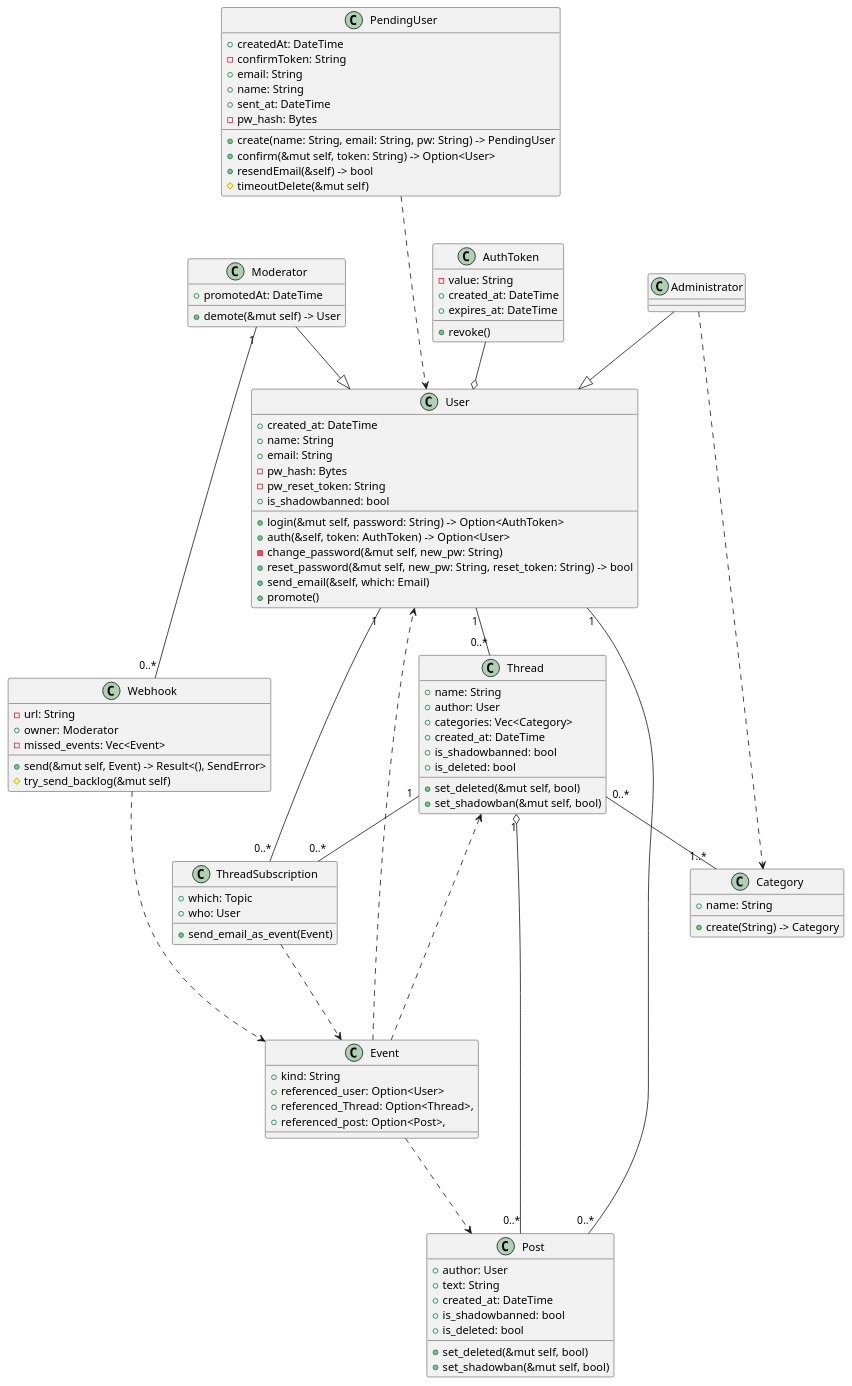
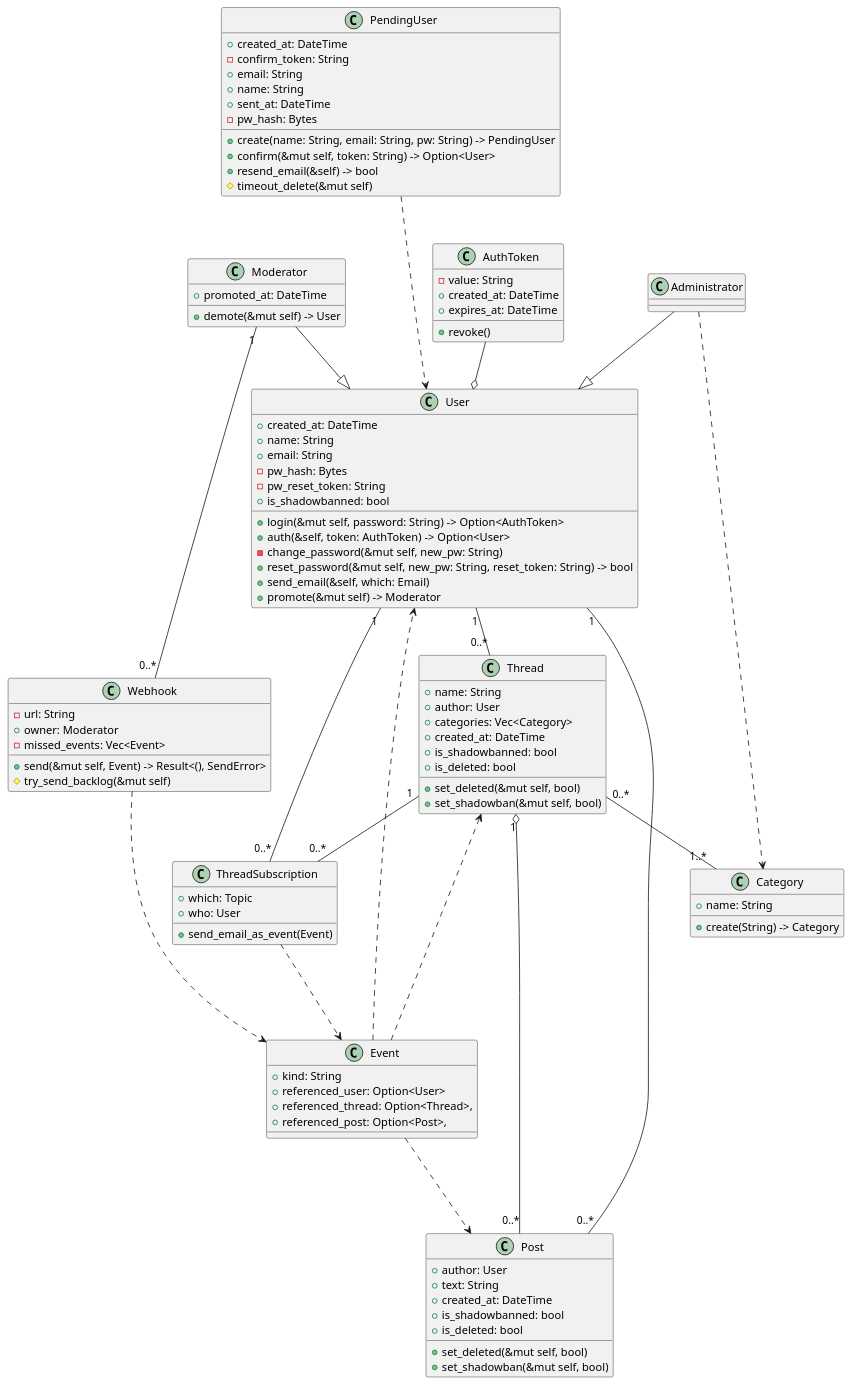
One commit to danya02/rudn-year3-uml changed the diagram in diagrams/db-classes.plantuml. Above: the diagram before and after it, drawn with PlantUML. The commit also changed 3 other files, not shown here.

```diff
--- a/diagrams/db-classes.plantuml
+++ b/diagrams/db-classes.plantuml
@@ -1,117 +1,117 @@
 @startuml DatabaseClasses
 
 class PendingUser {
- + createdAt: DateTime 
- - confirmToken: String 
+ + created_at: DateTime 
+ - confirm_token: String 
  + email: String
  + name: String
  + sent_at: DateTime 
  - pw_hash: Bytes
  + create(name: String, email: String, pw: String) -> PendingUser
  + confirm(&mut self, token: String) -> Option<User>
- + resendEmail(&self) -> bool
- # timeoutDelete(&mut self)
+ + resend_email(&self) -> bool
+ # timeout_delete(&mut self)
 }
 
 class User {
  + created_at: DateTime
  + name: String 
  + email: String 
  - pw_hash: Bytes 
  - pw_reset_token: String
  + login(&mut self, password: String) -> Option<AuthToken>
  + auth(&self, token: AuthToken) -> Option<User>
  - change_password(&mut self, new_pw: String)
  + reset_password(&mut self, new_pw: String, reset_token: String) -> bool
  + is_shadowbanned: bool
  + send_email(&self, which: Email)
- + promote()
+ + promote(&mut self) -> Moderator
 }
 
 PendingUser ..-> User
 
 AuthToken --o User
 
 class AuthToken {
  + revoke()
  - value: String 
  + created_at: DateTime 
  + expires_at: DateTime 
 }
 
 class Category {
  + name: String
  + create(String) -> Category
 }
 
 User "1" -- "0..*" Thread
 
 Thread "0..*" -- "1..*" Category
 class Thread {
  + name: String
  + author: User
  + categories: Vec<Category>
  + created_at: DateTime
  + is_shadowbanned: bool
  + is_deleted: bool
  + set_deleted(&mut self, bool)
  + set_shadowban(&mut self, bool)
 }
 
 Thread "1" o-- "0..*" Post
 User "1" -- "0..*" Post
 class Post {
   + author: User
   + text: String
   + created_at: DateTime
   + is_shadowbanned: bool
   + is_deleted: bool
   + set_deleted(&mut self, bool)
   + set_shadowban(&mut self, bool)
 }
 
 class ThreadSubscription {
   + which: Topic
   + who: User
   + send_email_as_event(Event)
 }
 
 ThreadSubscription -..> Event
 
 Thread "1" -- "0..*" ThreadSubscription
 User "1" -- "0..*" ThreadSubscription
 
 Moderator --|> User
 class Moderator {
- + promotedAt: DateTime
+ + promoted_at: DateTime
  + demote(&mut self) -> User
 }
 
 class Webhook {
   - url: String
   + owner: Moderator
   - missed_events: Vec<Event>
   + send(&mut self, Event) -> Result<(), SendError>
   # try_send_backlog(&mut self)
 }
 
 Webhook -..> Event
 
 class Event {
   + kind: String
   + referenced_user: Option<User>
-  + referenced_Thread: Option<Thread>,
+  + referenced_thread: Option<Thread>,
   + referenced_post: Option<Post>,
 }
 
 Event -..> User
 Event -..> Thread
 Event -..> Post
 
 Moderator "1" -- "0..*" Webhook
 
 Administrator --|> User
 class Administrator {
 }
 Administrator -..> Category
 @enduml
```
